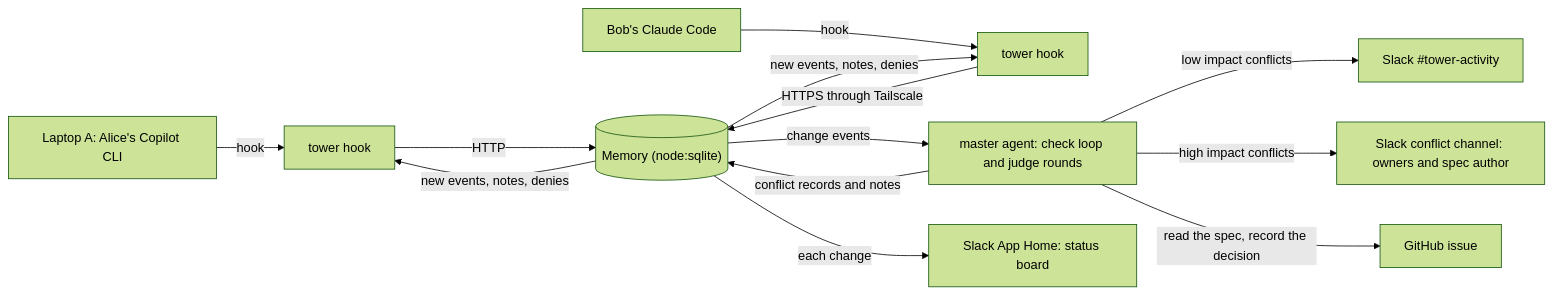
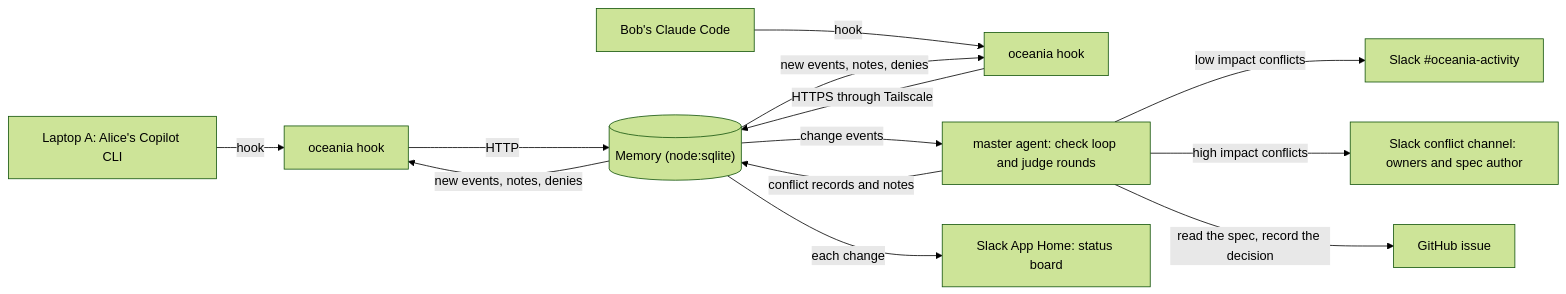
One commit to Tverous/oceania changed the diagram in README.md. Above: the diagram before and after it, drawn with Mermaid (forest theme). The commit also changed other lines of this file and 33 other files, not shown here.

First line of the commit message:
refactor: rename Tower to Oceania

````diff
--- a/README.md
+++ b/README.md
@@ -12,15 +12,15 @@
 ```mermaid
 flowchart LR
-  A["Laptop A: Alice's Copilot CLI"] -->|hook| HA["tower hook"]
-  B["Bob's Claude Code"] -->|hook| HB["tower hook"]
+  A["Laptop A: Alice's Copilot CLI"] -->|hook| HA["oceania hook"]
+  B["Bob's Claude Code"] -->|hook| HB["oceania hook"]
   HA -->|HTTP| M[("Memory (node:sqlite)")]
   HB -->|"HTTPS through Tailscale"| M
   M -->|"new events, notes, denies"| HA
   M -->|"new events, notes, denies"| HB
   M -->|"change events"| L["master agent: check loop and judge rounds"]
   L -->|"conflict records and notes"| M
-  L -->|"low impact conflicts"| T["Slack #tower-activity"]
+  L -->|"low impact conflicts"| T["Slack #oceania-activity"]
   L -->|"high impact conflicts"| S["Slack conflict channel: owners and spec author"]
   M -->|"each change"| U["Slack App Home: status board"]
   L -->|"read the spec, record the decision"| G["GitHub issue"]
 ```
````
